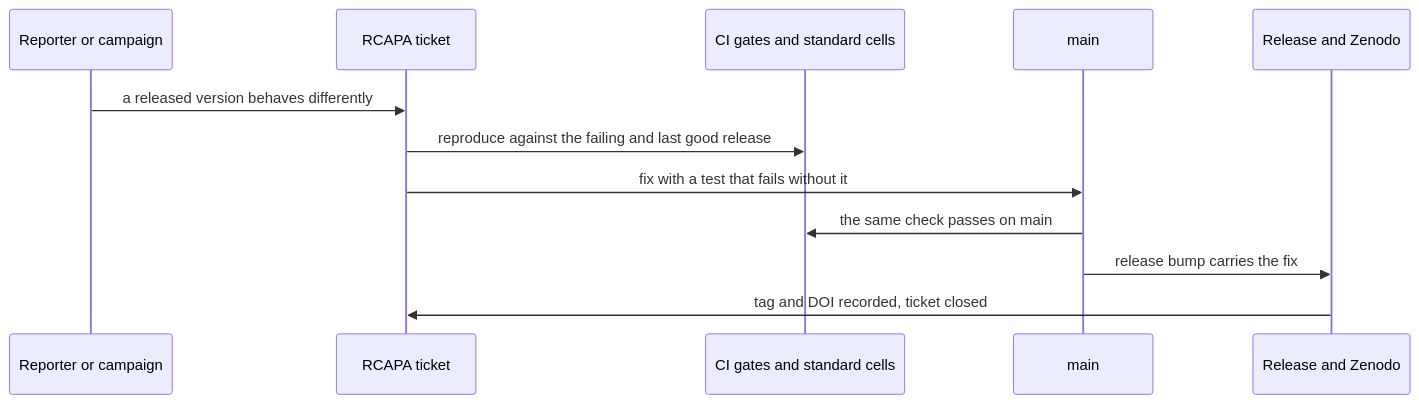
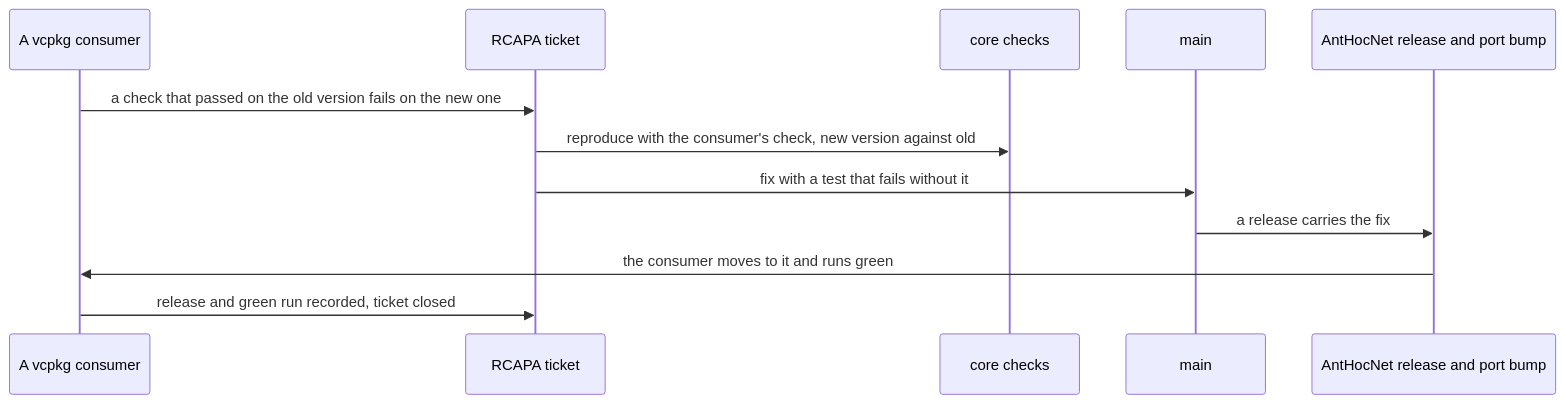
Before and after one commit to swarm-routing/AntHocNet: the diagram in docs/rcapa/README.md, drawn with Mermaid. The commit also changed other lines of this file, not shown here.

````diff
--- a/docs/rcapa/README.md
+++ b/docs/rcapa/README.md
@@ -35,14 +40,14 @@
 ```mermaid
 sequenceDiagram
-    participant U as Reporter or campaign
+    participant C as A vcpkg consumer
     participant T as RCAPA ticket
-    participant G as CI gates and standard cells
+    participant G as core checks
     participant M as main
-    participant R as Release and Zenodo
-    U->>T: a released version behaves differently
-    T->>G: reproduce against the failing and last good release
+    participant R as AntHocNet release and port bump
+    C->>T: a check that passed on the old version fails on the new one
+    T->>G: reproduce with the consumer's check, new version against old
     T->>M: fix with a test that fails without it
-    M->>G: the same check passes on main
-    M->>R: release bump carries the fix
-    R->>T: tag and DOI recorded, ticket closed
+    M->>R: a release carries the fix
+    R->>C: the consumer moves to it and runs green
+    C->>T: release and green run recorded, ticket closed
 ```
````
